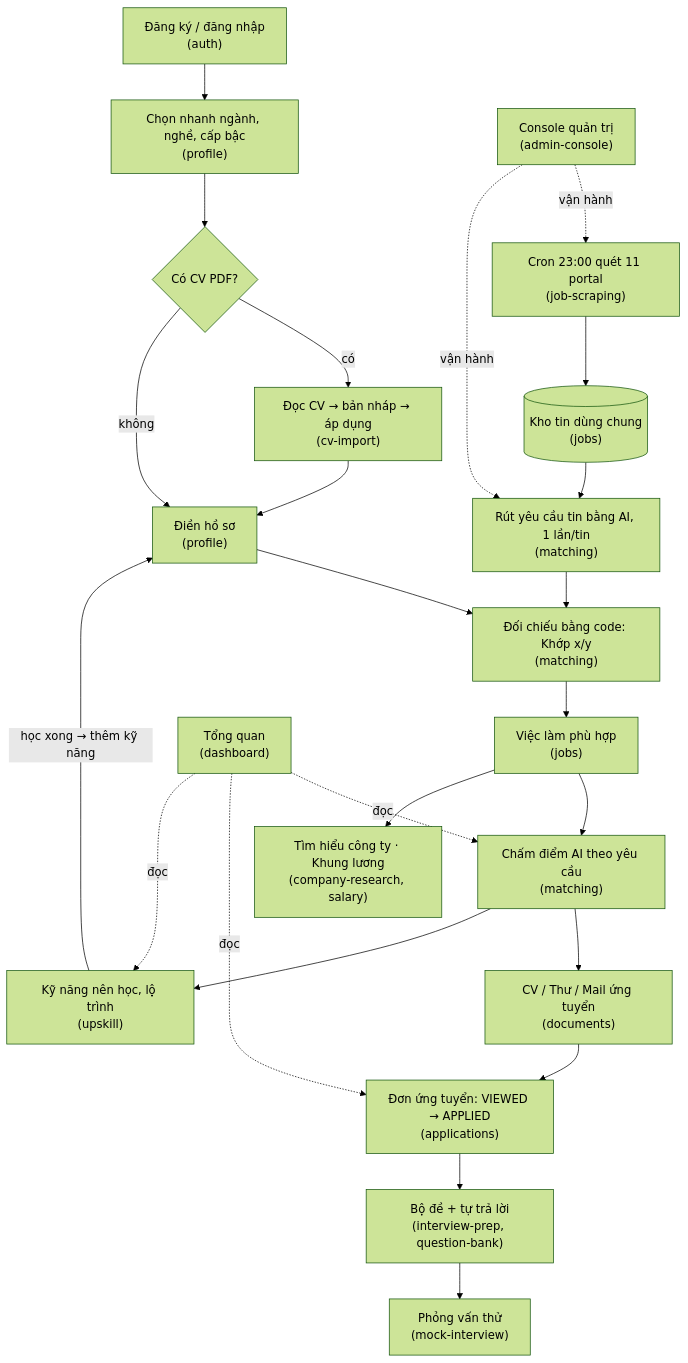
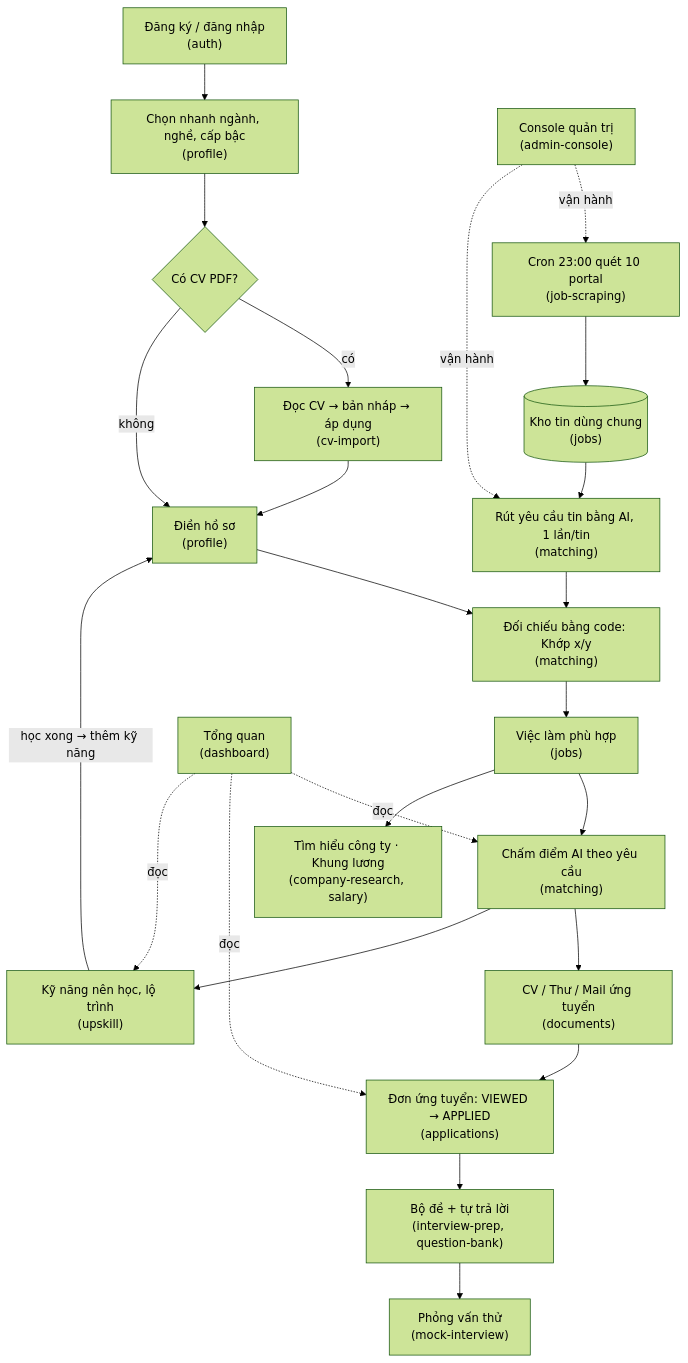
Before and after one commit to BuiThienHoang221204/ai-job-search: the diagram in docs/business-flows/README.md, drawn with Mermaid (forest theme). The commit also changed other lines of this file and 23 other files, not shown here.

````diff
--- a/docs/business-flows/README.md
+++ b/docs/business-flows/README.md
@@ -84,23 +84,23 @@
 ```mermaid
 flowchart TD
   REG["Đăng ký / đăng nhập<br/>(auth)"] --> QS["Chọn nhanh ngành, nghề, cấp bậc<br/>(profile)"]
   QS --> CV{"Có CV PDF?"}
   CV -->|có| IMP["Đọc CV → bản nháp → áp dụng<br/>(cv-import)"]
   CV -->|không| PRF["Điền hồ sơ<br/>(profile)"]
   IMP --> PRF
-  CRON["Cron 23:00 quét 11 portal<br/>(job-scraping)"] --> JOBS[("Kho tin dùng chung<br/>(jobs)")]
+  CRON["Cron 23:00 quét 10 portal<br/>(job-scraping)"] --> JOBS[("Kho tin dùng chung<br/>(jobs)")]
   JOBS --> REQ["Rút yêu cầu tin bằng AI, 1 lần/tin<br/>(matching)"]
   PRF --> RM["Đối chiếu bằng code: Khớp x/y<br/>(matching)"]
   REQ --> RM
   RM --> FIT["Việc làm phù hợp<br/>(jobs)"]
   FIT --> EVAL["Chấm điểm AI theo yêu cầu<br/>(matching)"]
   FIT --> CMP["Tìm hiểu công ty · Khung lương<br/>(company-research, salary)"]
   EVAL --> DOC["CV / Thư / Mail ứng tuyển<br/>(documents)"]
   DOC --> APP["Đơn ứng tuyển: VIEWED → APPLIED<br/>(applications)"]
   APP --> PREP["Bộ đề + tự trả lời<br/>(interview-prep, question-bank)"]
   PREP --> MOCK["Phỏng vấn thử<br/>(mock-interview)"]
   EVAL --> UPS["Kỹ năng nên học, lộ trình<br/>(upskill)"]
   UPS -->|"học xong → thêm kỹ năng"| PRF
   DASH["Tổng quan<br/>(dashboard)"] -.đọc.-> EVAL & APP & UPS
   ADM["Console quản trị<br/>(admin-console)"] -.vận hành.-> CRON & REQ
 ```
````
